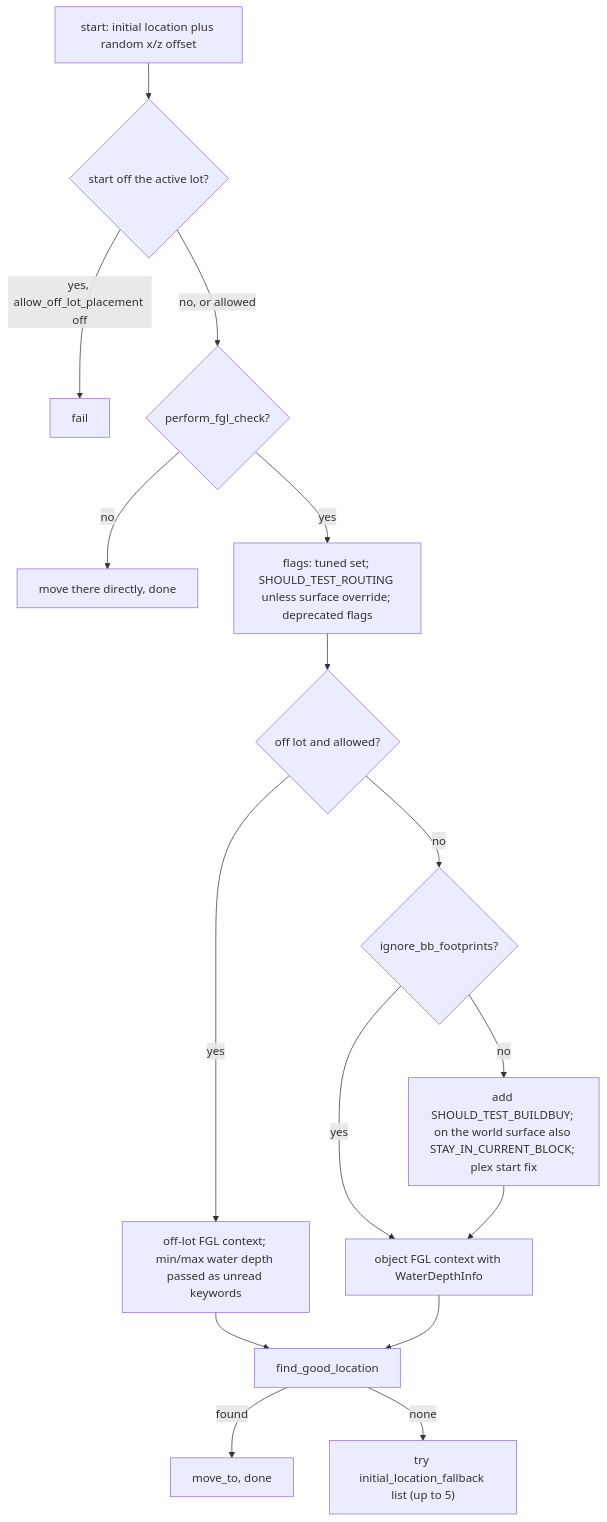
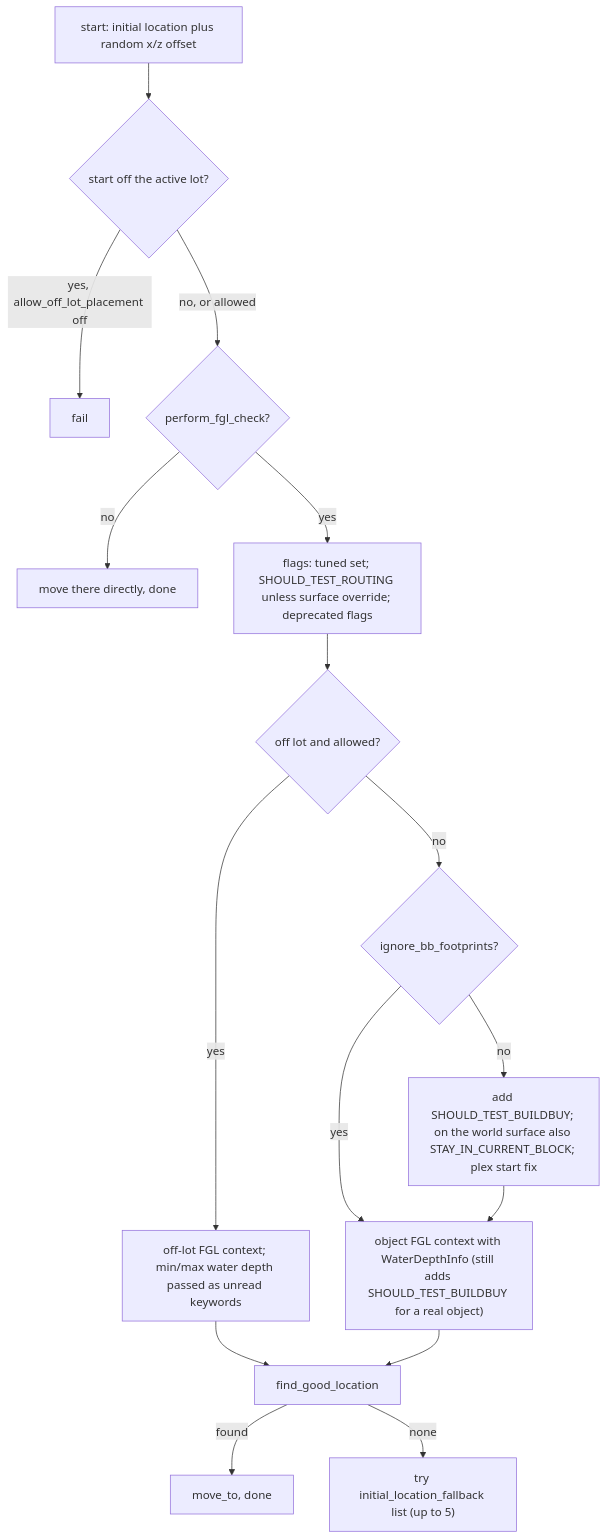
Before and after one commit to sudo-ezekiel/how-the-sims-4-works: the second of 2 diagrams in src/2.03-build-buy-placement.md, drawn with Mermaid. The commit also changed other lines of this file and 60 other files, not shown here.

````diff
--- a/src/2.03-build-buy-placement.md
+++ b/src/2.03-build-buy-placement.md
@@ -138,18 +138,18 @@
 ```mermaid
 flowchart TD
   S["start: initial location plus random x/z offset"] --> P{"start off the active lot?"}
   P -->|"yes, allow_off_lot_placement off"| F0["fail"]
   P -->|no, or allowed| Q{"perform_fgl_check?"}
   Q -->|no| M0["move there directly, done"]
   Q -->|yes| R["flags: tuned set; SHOULD_TEST_ROUTING unless surface override; deprecated flags"]
   R --> O{"off lot and allowed?"}
   O -->|yes| C1["off-lot FGL context; min/max water depth passed as unread keywords"]
   O -->|no| B{"ignore_bb_footprints?"}
   B -->|"no"| B1["add SHOULD_TEST_BUILDBUY; on the world surface also STAY_IN_CURRENT_BLOCK; plex start fix"]
-  B -->|yes| C2["object FGL context with WaterDepthInfo"]
+  B -->|yes| C2["object FGL context with WaterDepthInfo (still adds SHOULD_TEST_BUILDBUY for a real object)"]
   B1 --> C2
   C1 --> G["find_good_location"]
   C2 --> G
   G -->|found| M1["move_to, done"]
   G -->|none| FB["try initial_location_fallback list (up to 5)"]
 ```
````
